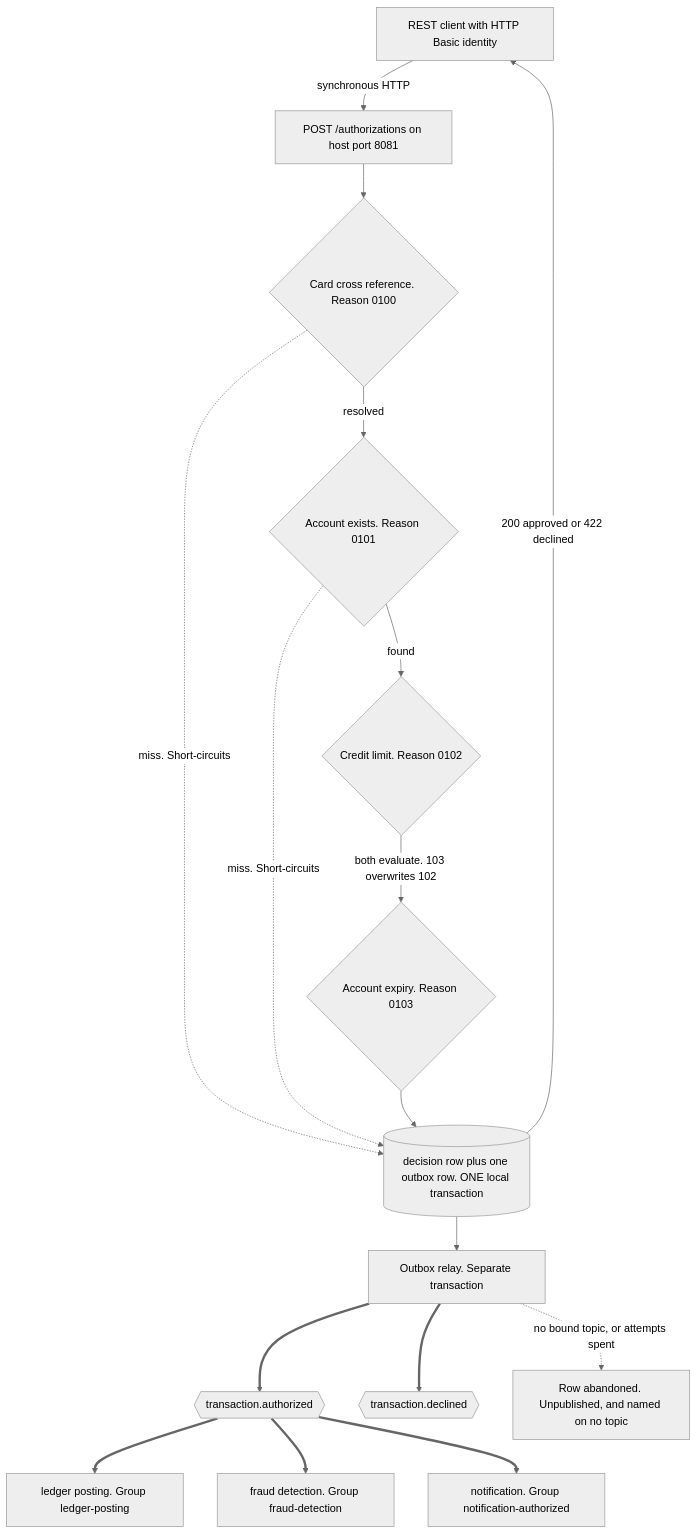
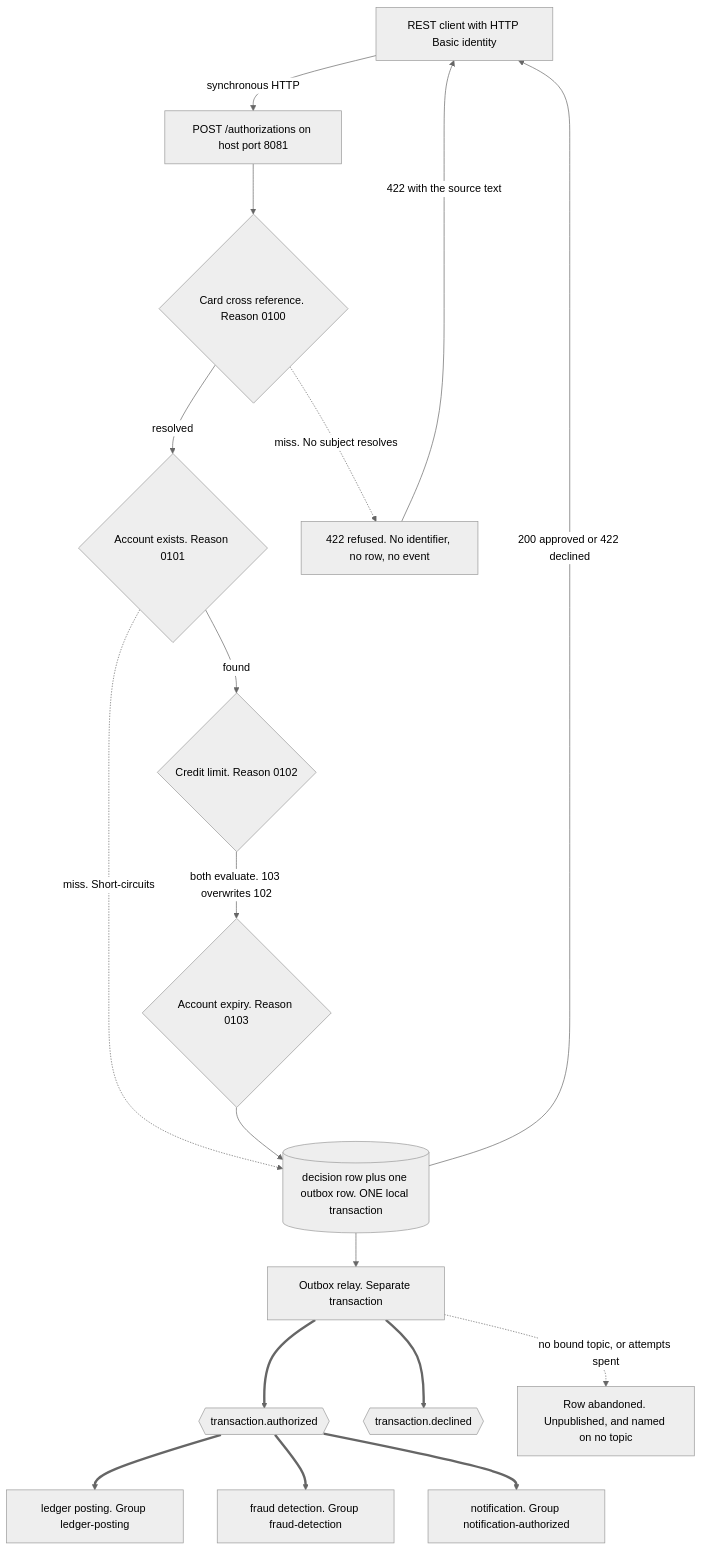
One commit to blitzy-public-samples/aws-carddemo-blitzy changed the first of 2 diagrams in card-platform/services/authorization-service/README.md. Above: the diagram before and after it, drawn with Mermaid (neutral theme). The commit also changed other lines of this file and 253 other files, not shown here.

````diff
--- a/card-platform/services/authorization-service/README.md
+++ b/card-platform/services/authorization-service/README.md
@@ -374,34 +377,36 @@
 ```mermaid
 graph TB
     CLIENT["REST client with HTTP Basic identity"]
     API["POST /authorizations on host port 8081"]
     R100{"Card cross reference. Reason 0100"}
     R101{"Account exists. Reason 0101"}
     R102{"Credit limit. Reason 0102"}
     R103{"Account expiry. Reason 0103"}
     TX[("decision row plus one outbox row. ONE local transaction")]
     RELAY["Outbox relay. Separate transaction"]
     TA{{"transaction.authorized"}}
     TD{{"transaction.declined"}}
     LEDGER["ledger posting. Group ledger-posting"]
     FRAUD["fraud detection. Group fraud-detection"]
     NOTIFY["notification. Group notification-authorized"]
     SPENT["Row abandoned. Unpublished, and named on no topic"]
+    REFUSED["422 refused. No identifier, no row, no event"]
 
     CLIENT -->|"synchronous HTTP"| API
     API --> R100
     R100 -->|"resolved"| R101
-    R100 -.->|"miss. Short-circuits"| TX
+    R100 -.->|"miss. No subject resolves"| REFUSED
     R101 -->|"found"| R102
     R101 -.->|"miss. Short-circuits"| TX
     R102 -->|"both evaluate. 103 overwrites 102"| R103
     R103 --> TX
     TX -->|"200 approved or 422 declined"| CLIENT
+    REFUSED -->|"422 with the source text"| CLIENT
     TX --> RELAY
     RELAY ==> TA
     RELAY ==> TD
     TA ==> LEDGER
     TA ==> FRAUD
     TA ==> NOTIFY
     RELAY -.->|"no bound topic, or attempts spent"| SPENT
 ```
````
